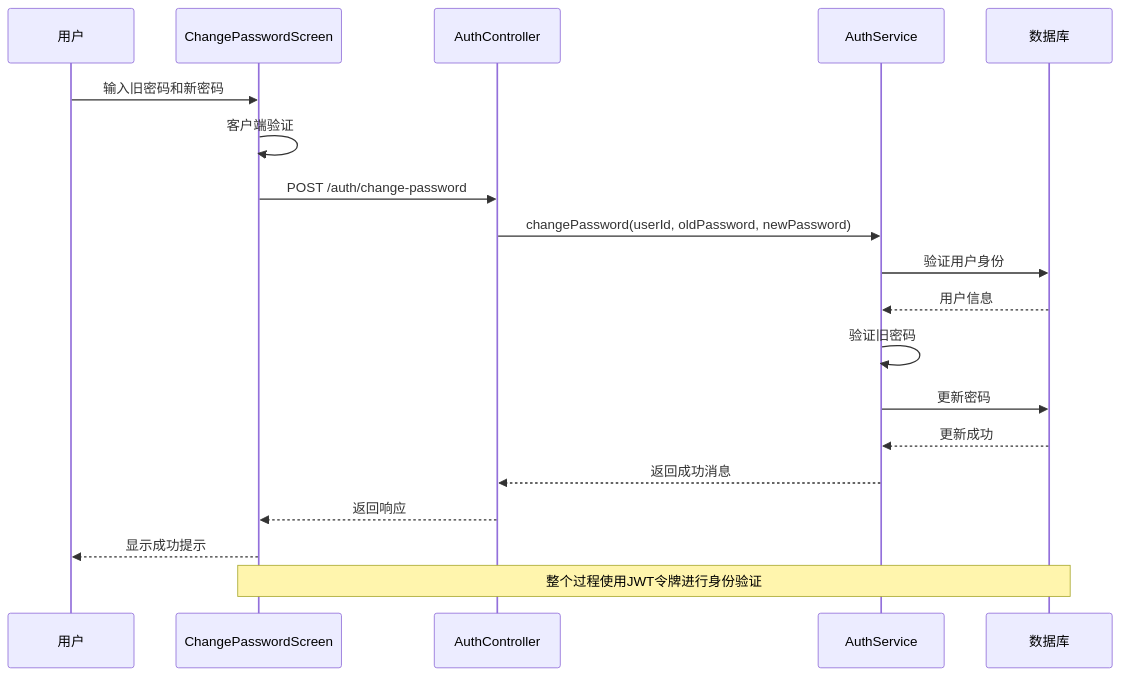
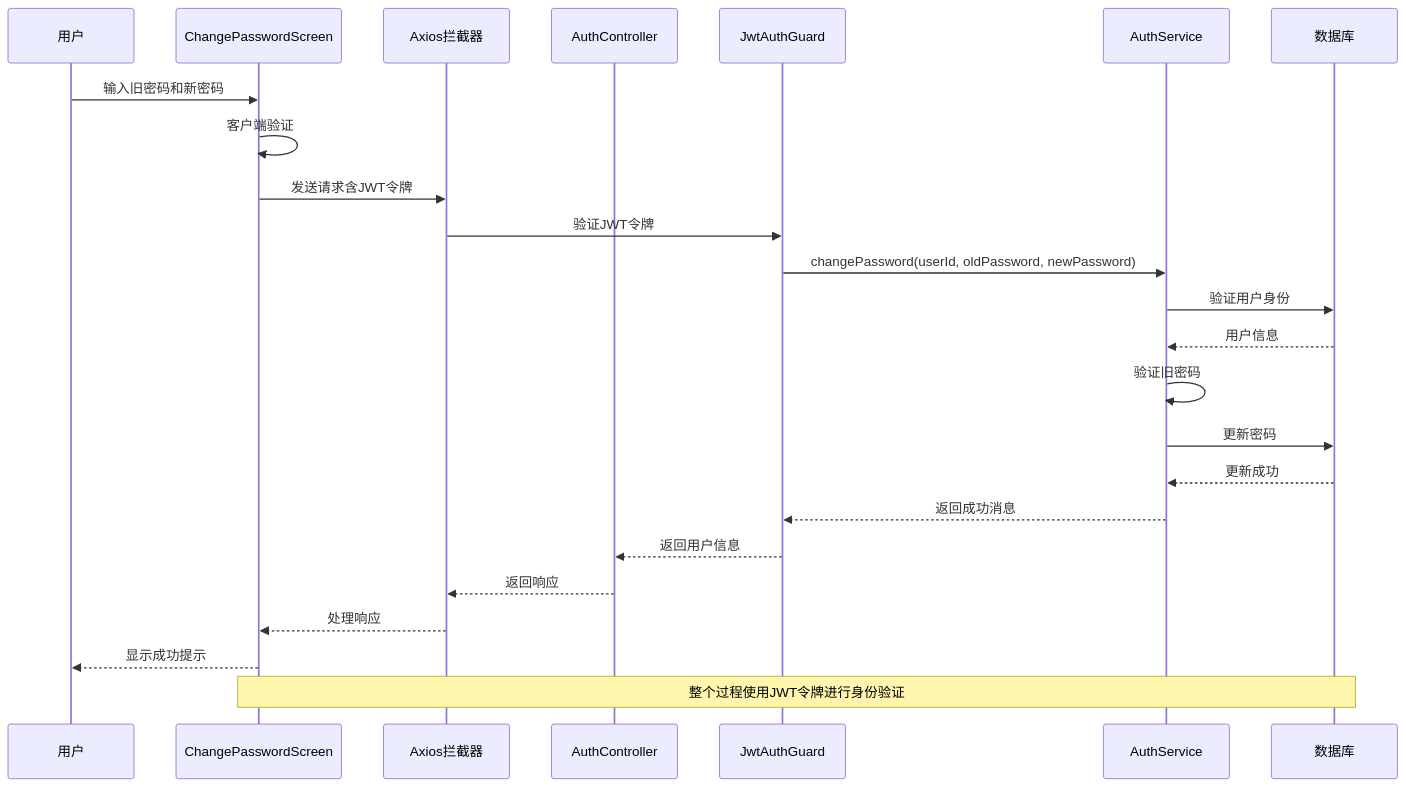
One commit to lsqwawa/free-dress changed the second of 7 diagrams in .qoder/repowiki/zh/content/前端开发指南/页面架构/认证页面/密码修改界面.md. Above: the diagram before and after it, drawn with Mermaid. The commit also changed other lines of this file and 55 other files, not shown here.

````diff
--- a/.qoder/repowiki/zh/content/前端开发指南/页面架构/认证页面/密码修改界面.md
+++ b/.qoder/repowiki/zh/content/前端开发指南/页面架构/认证页面/密码修改界面.md
@@ -103,21 +127,26 @@
 ```mermaid
 sequenceDiagram
 participant U as 用户
 participant UI as ChangePasswordScreen
+participant AX as Axios拦截器
 participant API as AuthController
+participant GUARD as JwtAuthGuard
 participant SVC as AuthService
 participant DB as 数据库
 U->>UI : 输入旧密码和新密码
 UI->>UI : 客户端验证
-UI->>API : POST /auth/change-password
-API->>SVC : changePassword(userId, oldPassword, newPassword)
+UI->>AX : 发送请求含JWT令牌
+AX->>GUARD : 验证JWT令牌
+GUARD->>SVC : changePassword(userId, oldPassword, newPassword)
 SVC->>DB : 验证用户身份
 DB-->>SVC : 用户信息
 SVC->>SVC : 验证旧密码
 SVC->>DB : 更新密码
 DB-->>SVC : 更新成功
-SVC-->>API : 返回成功消息
-API-->>UI : 返回响应
+SVC-->>GUARD : 返回成功消息
+GUARD-->>API : 返回用户信息
+API-->>AX : 返回响应
+AX-->>UI : 处理响应
 UI-->>U : 显示成功提示
 Note over UI,DB : 整个过程使用JWT令牌进行身份验证
 ```
````
